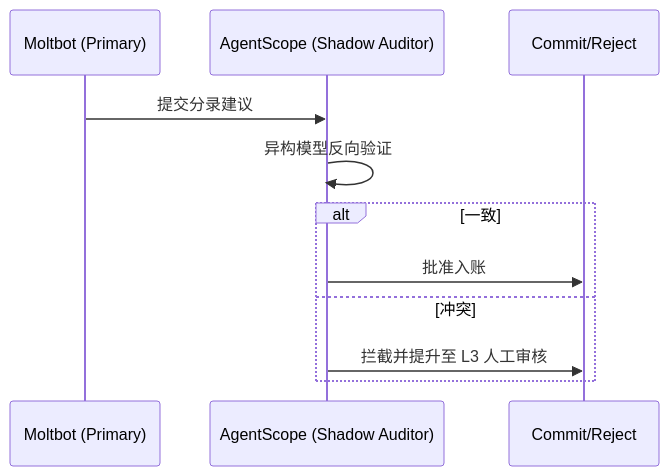
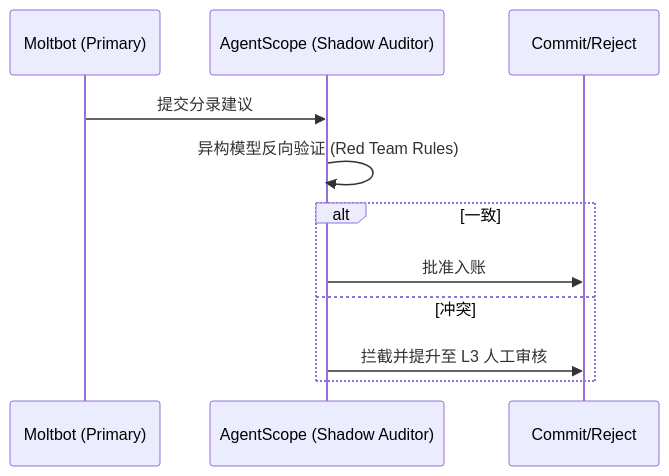
Before and after one commit to 1123786563/myAgent: the second of 2 diagrams in docs/详细设计说明书.md, drawn with Mermaid. The commit also changed other lines of this file and 32 other files, not shown here.

````diff
--- a/docs/详细设计说明书.md
+++ b/docs/详细设计说明书.md
@@ -50,13 +50,13 @@
 ```mermaid
 sequenceDiagram
     participant M as Moltbot (Primary)
     participant A as AgentScope (Shadow Auditor)
     participant C as Commit/Reject
     M->>A: 提交分录建议
-    A->>A: 异构模型反向验证
+    A->>A: 异构模型反向验证 (Red Team Rules)
     alt 一致
         A->>C: 批准入账
     else 冲突
         A->>C: 拦截并提升至 L3 人工审核
     end
 ```
````
